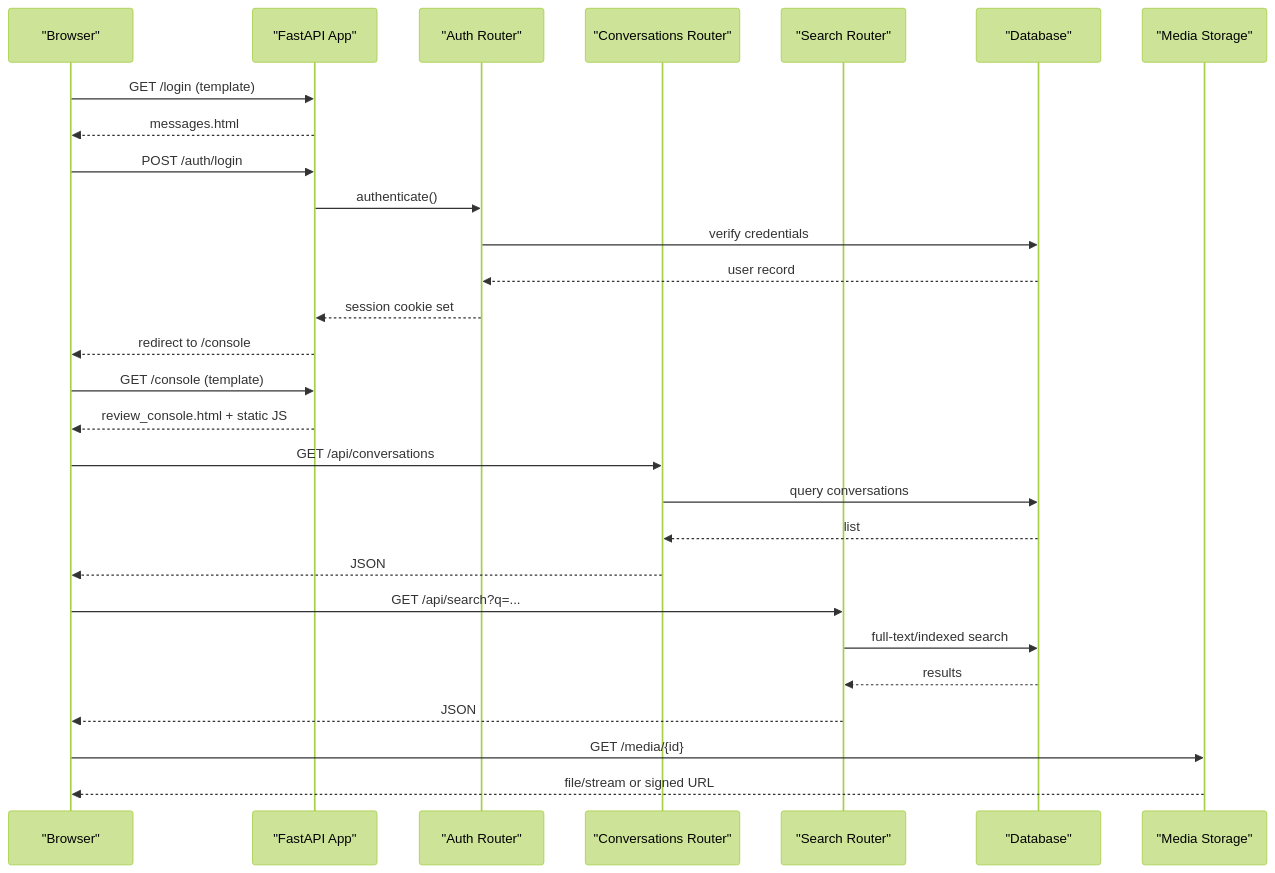
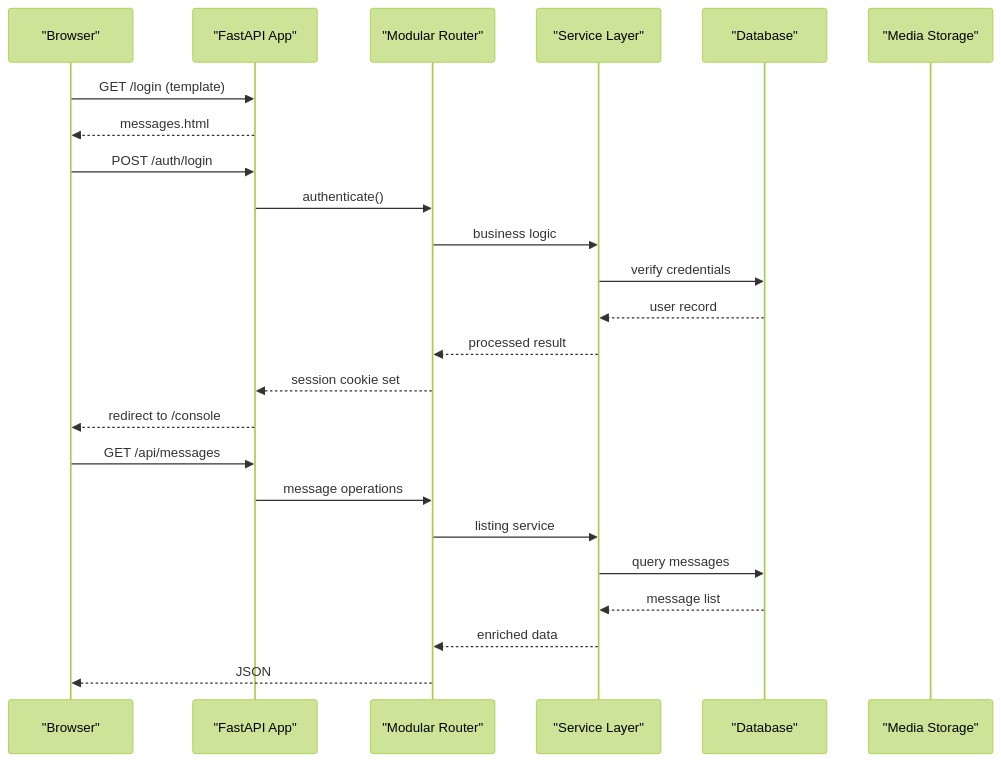
One commit to zuohaisu/wecom-archive changed the second of 16 diagrams in .qoder/repowiki/en/content/Architecture/Web Application Architecture/Web Application Architecture.md. Above: the diagram before and after it, drawn with Mermaid (forest theme). The commit also changed other lines of this file and 148 other files, not shown here.

````diff
--- a/.qoder/repowiki/en/content/Architecture/Web Application Architecture/Web Application Architecture.md
+++ b/.qoder/repowiki/en/content/Architecture/Web Application Architecture/Web Application Architecture.md
@@ -132,30 +163,26 @@
 ```mermaid
 sequenceDiagram
 participant Browser as "Browser"
 participant FastAPI as "FastAPI App"
-participant Auth as "Auth Router"
-participant Conv as "Conversations Router"
-participant Search as "Search Router"
+participant Router as "Modular Router"
+participant Service as "Service Layer"
 participant DB as "Database"
 participant Storage as "Media Storage"
 Browser->>FastAPI : GET /login (template)
 FastAPI-->>Browser : messages.html
 Browser->>FastAPI : POST /auth/login
-FastAPI->>Auth : authenticate()
-Auth->>DB : verify credentials
-DB-->>Auth : user record
-Auth-->>FastAPI : session cookie set
+FastAPI->>Router : authenticate()
+Router->>Service : business logic
+Service->>DB : verify credentials
+DB-->>Service : user record
+Service-->>Router : processed result
+Router-->>FastAPI : session cookie set
 FastAPI-->>Browser : redirect to /console
-Browser->>FastAPI : GET /console (template)
-FastAPI-->>Browser : review_console.html + static JS
-Browser->>Conv : GET /api/conversations
-Conv->>DB : query conversations
-DB-->>Conv : list
-Conv-->>Browser : JSON
-Browser->>Search : GET /api/search?q=...
-Search->>DB : full-text/indexed search
-DB-->>Search : results
-Search-->>Browser : JSON
-Browser->>Storage : GET /media/{id}
-Storage-->>Browser : file/stream or signed URL
+Browser->>FastAPI : GET /api/messages
+FastAPI->>Router : message operations
+Router->>Service : listing service
+Service->>DB : query messages
+DB-->>Service : message list
+Service-->>Router : enriched data
+Router-->>Browser : JSON
 ```
````
